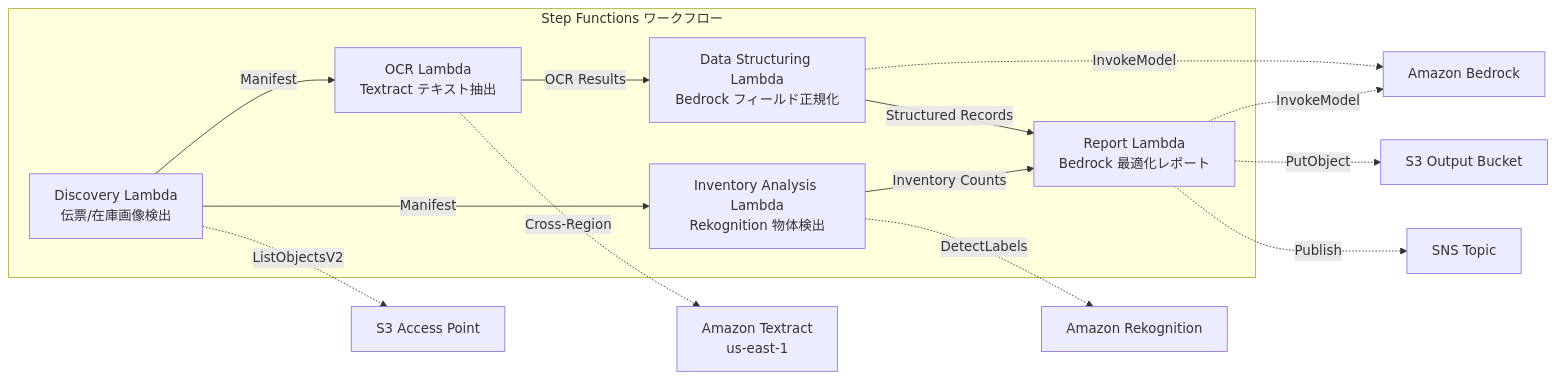
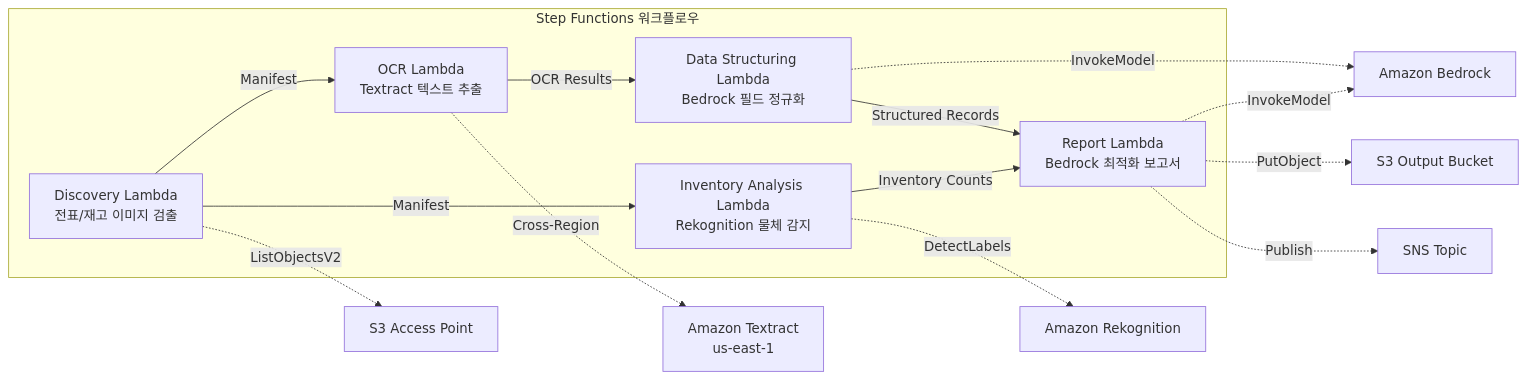
The diagram in solutions/industry/logistics-ocr/README.ko.md (Yoshiki0705/FSx-for-ONTAP-S3AccessPoints-Serverless-Patterns), drawn with Mermaid before and after one commit. The commit also changed other lines of this file and 15 other files, not shown here.

````diff
--- a/solutions/industry/logistics-ocr/README.ko.md
+++ b/solutions/industry/logistics-ocr/README.ko.md
@@ -27,24 +55,24 @@
 ```mermaid
 graph LR
-    subgraph "Step Functions ワークフロー"
-        D[Discovery Lambda<br/>伝票/在庫画像検出]
-        OCR[OCR Lambda<br/>Textract テキスト抽出]
-        DS[Data Structuring Lambda<br/>Bedrock フィールド正規化]
-        IA[Inventory Analysis Lambda<br/>Rekognition 物体検出]
-        RPT[Report Lambda<br/>Bedrock 最適化レポート]
+    subgraph "Step Functions 워크플로우"
+        D[Discovery Lambda<br/>전표/재고 이미지 검출]
+        OCR[OCR Lambda<br/>Textract 텍스트 추출]
+        DS[Data Structuring Lambda<br/>Bedrock 필드 정규화]
+        IA[Inventory Analysis Lambda<br/>Rekognition 물체 감지]
+        RPT[Report Lambda<br/>Bedrock 최적화 보고서]
     end
 
     D -->|Manifest| OCR
     D -->|Manifest| IA
     OCR -->|OCR Results| DS
     DS -->|Structured Records| RPT
     IA -->|Inventory Counts| RPT
 
     D -.->|ListObjectsV2| S3AP[S3 Access Point]
     OCR -.->|Cross-Region| Textract[Amazon Textract<br/>us-east-1]
     DS -.->|InvokeModel| Bedrock[Amazon Bedrock]
     IA -.->|DetectLabels| Rekog[Amazon Rekognition]
     RPT -.->|InvokeModel| Bedrock
     RPT -.->|PutObject| S3OUT[S3 Output Bucket]
     RPT -.->|Publish| SNS[SNS Topic]
 ```
````
